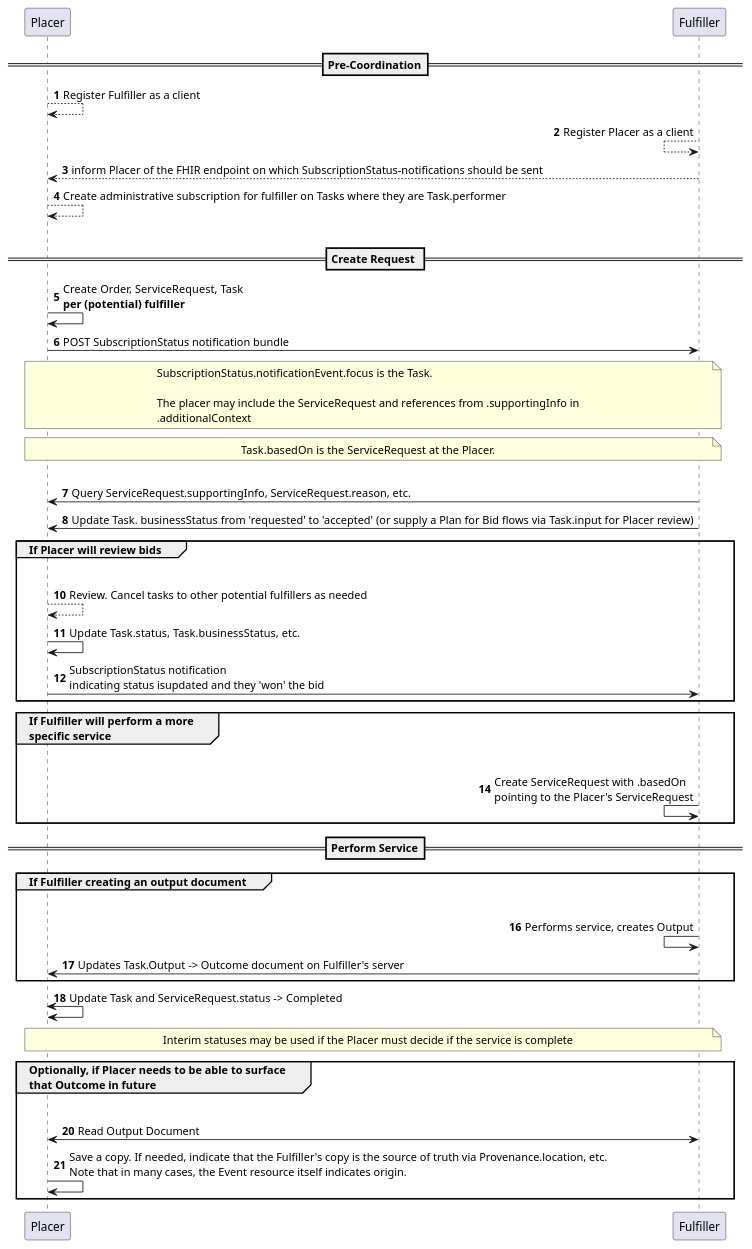
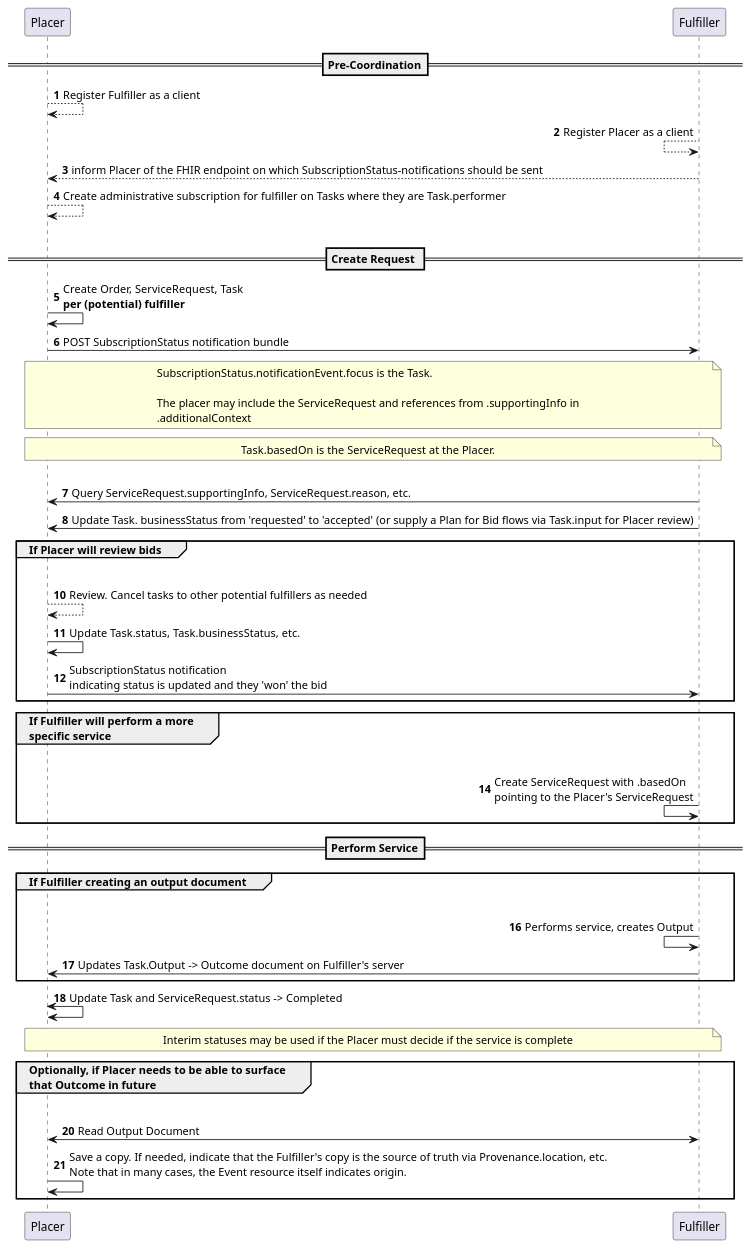
The diagram in input/images-source/subscriptions-general-example-task-at-placer.plantuml (HL7/fhir-cow-ig), drawn with PlantUML before and after one commit.

Commit message:
Update subscriptions-general-example-task-at-placer.plantuml
https://jira.hl7.org/browse/FHIR-50815

```diff
--- a/input/images-source/subscriptions-general-example-task-at-placer.plantuml
+++ b/input/images-source/subscriptions-general-example-task-at-placer.plantuml
@@ -1,78 +1,78 @@
 @startuml
 autonumber
 'skinparam svgDimensionStyle false
 'skinparam sequenceMessageAlign center
 
 
 == Pre-Coordination==
 
 Placer --> Placer: Register Fulfiller as a client
 
 Fulfiller <-- Fulfiller: Register Placer as a client
 
 Placer <-- Fulfiller: inform Placer of the FHIR endpoint on which SubscriptionStatus-notifications should be sent
 
 
 Placer --> Placer: Create administrative subscription for fulfiller on Tasks where they are Task.performer
 ||20||
 
 
 == Create Request == 
 
 Placer -> Placer : Create Order, ServiceRequest, Task\n**per (potential) fulfiller**
 
 Placer -> Fulfiller: POST SubscriptionStatus notification bundle
 
 note over Placer,Fulfiller
 SubscriptionStatus.notificationEvent.focus is the Task. 
 
 The placer may include the ServiceRequest and references from .supportingInfo in 
 .additionalContext
 end note
 
 note over Placer,Fulfiller
 Task.basedOn is the ServiceRequest at the Placer. 
 end note
 
 ||20||
 
 Fulfiller -> Placer : Query ServiceRequest.supportingInfo, ServiceRequest.reason, etc.
 
 Fulfiller -> Placer : Update Task. businessStatus from 'requested' to 'accepted' (or supply a Plan for Bid flows via Task.input for Placer review)
 
 
 group If Placer will review bids
     Placer -[hidden]>Fulfiller:
     Placer --> Placer : Review. Cancel tasks to other potential fulfillers as needed
     Placer -> Placer : Update Task.status, Task.businessStatus, etc. 
-    Placer -> Fulfiller : SubscriptionStatus notification \nindicating status isupdated and they 'won' the bid
+    Placer -> Fulfiller : SubscriptionStatus notification \nindicating status is updated and they 'won' the bid
 
 end
 
 group If Fulfiller will perform a more\nspecific service
     Fulfiller-[hidden]>Placer:
     Fulfiller <- Fulfiller : Create ServiceRequest with .basedOn\npointing to the Placer's ServiceRequest 
 
 end
 
 ==Perform Service==
 group If Fulfiller creating an output document
     Fulfiller-[hidden]>Placer:
     Fulfiller <- Fulfiller : Performs service, creates Output
     Fulfiller -> Placer : Updates Task.Output -> Outcome document on Fulfiller's server
 
 end
 
 Placer <-> Placer : Update Task and ServiceRequest.status -> Completed
 
 note over Placer,Fulfiller
 Interim statuses may be used if the Placer must decide if the service is complete 
 end note
 
 group Optionally, if Placer needs to be able to surface\nthat Outcome in future
     Placer-[hidden]>Fulfiller
     Placer <-> Fulfiller: Read Output Document
     Placer -> Placer : Save a copy. If needed, indicate that the Fulfiller's copy is the source of truth via Provenance.location, etc.\nNote that in many cases, the Event resource itself indicates origin. 
 end
 
 @enduml
```
